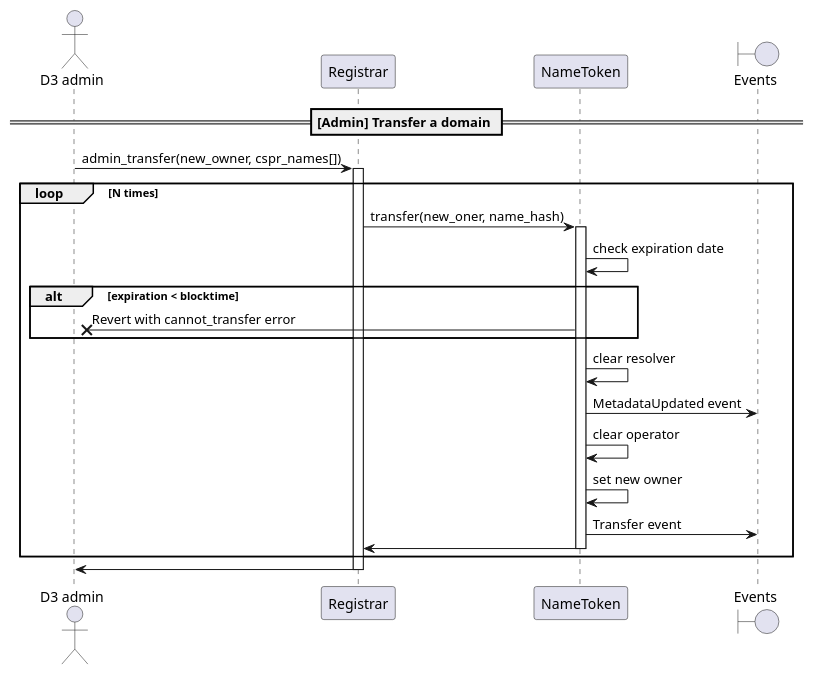
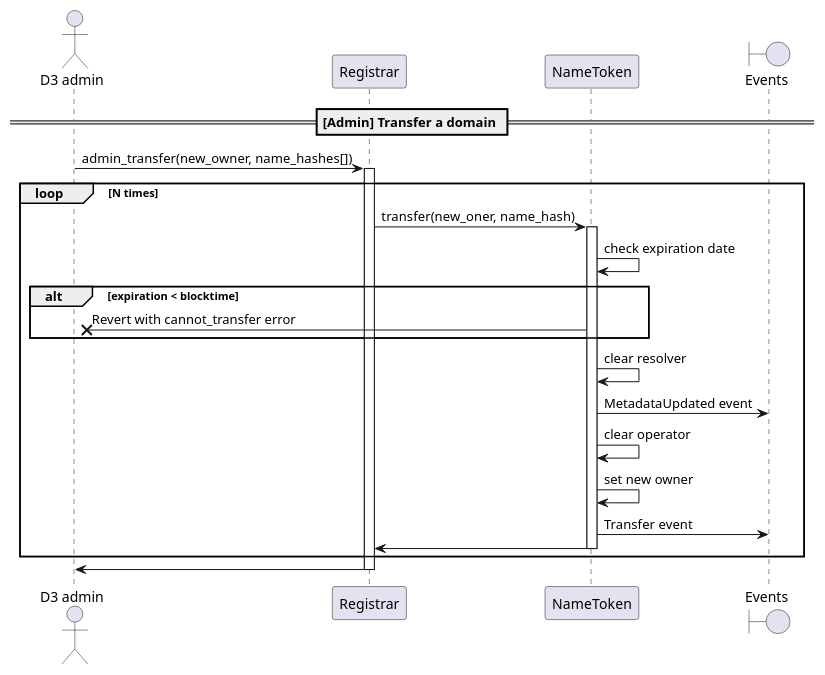
The diagram in docs/sequence-diagrams/puml/admin-transfer-domain.puml (make-software/cspr-name-contracts), drawn with PlantUML before and after one commit. The commit also changed 2 other files, not shown here.

Commit message:
expire(), admin_transfer(), and admin_burn() registrar methods take name_hashes[] as input instead of cspr_names[].

```diff
--- a/docs/sequence-diagrams/puml/admin-transfer-domain.puml
+++ b/docs/sequence-diagrams/puml/admin-transfer-domain.puml
@@ -1,32 +1,32 @@
 @startuml
 'https://plantuml.com/sequence-diagram
 
 'autonumber
 actor "D3 admin"
 participant "Registrar"
 participant "NameToken"
 boundary "Events"
 
 == [Admin] Transfer a domain ==
 
-"D3 admin" -> "Registrar": admin_transfer(new_owner, cspr_names[])
+"D3 admin" -> "Registrar": admin_transfer(new_owner, name_hashes[])
 activate Registrar
 loop N times
     Registrar -> NameToken: transfer(new_oner, name_hash)
     activate NameToken
 NameToken -> NameToken: check expiration date
 alt expiration < blocktime
     NameToken ->X "D3 admin": Revert with cannot_transfer error
 end
     NameToken -> NameToken: clear resolver
     NameToken -> "Events": MetadataUpdated event
     NameToken -> NameToken: clear operator
     NameToken -> NameToken : set new owner
     NameToken -> "Events": Transfer event
     NameToken -> Registrar
     deactivate NameToken
 end
 Registrar -> "D3 admin"
 deactivate Registrar
 
 @enduml
```
